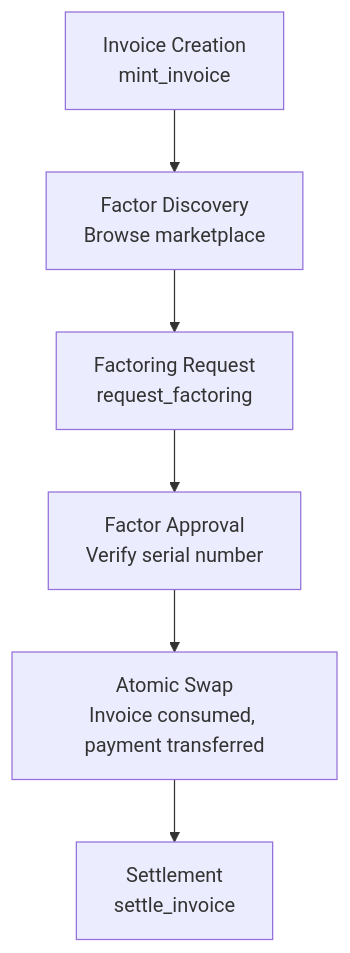
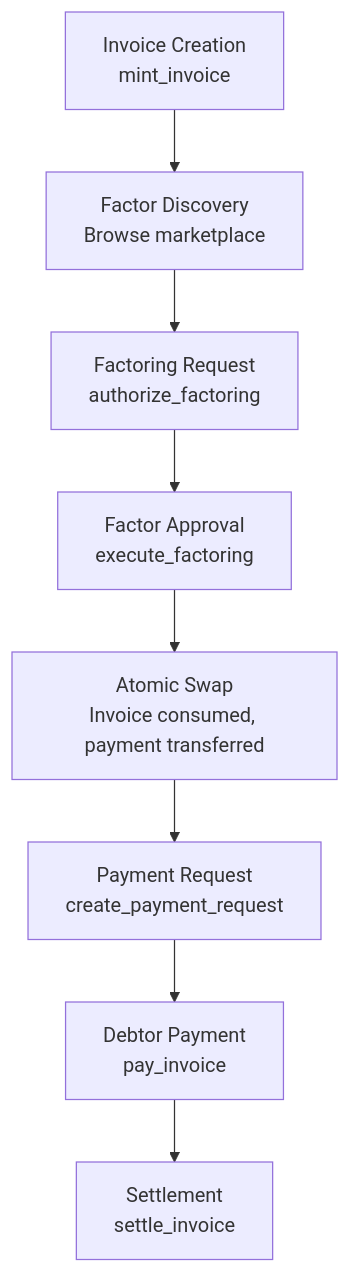
One commit to imajus/zk-factor changed the first of 3 diagrams in docs/PRD.md. Above: the diagram before and after it, drawn with Mermaid. The commit also changed other lines of this file and 14 other files, not shown here.

Commit message:
feat: use private records owned directly by the debtor's address for encrypted on-chain invoice obligations + update docs

````diff
--- a/docs/PRD.md
+++ b/docs/PRD.md
@@ -126,11 +133,13 @@
 ```mermaid
 flowchart TD
     A[Invoice Creation<br/>mint_invoice]
     B[Factor Discovery<br/>Browse marketplace]
-    C[Factoring Request<br/>request_factoring]
-    D[Factor Approval<br/>Verify serial number]
+    C[Factoring Request<br/>authorize_factoring]
+    D[Factor Approval<br/>execute_factoring]
     E[Atomic Swap<br/>Invoice consumed, payment transferred]
-    F[Settlement<br/>settle_invoice]
+    F[Payment Request<br/>create_payment_request]
+    G[Debtor Payment<br/>pay_invoice]
+    H[Settlement<br/>settle_invoice]
 
-    A --> B --> C --> D --> E --> F
+    A --> B --> C --> D --> E --> F --> G --> H
 ```
````
